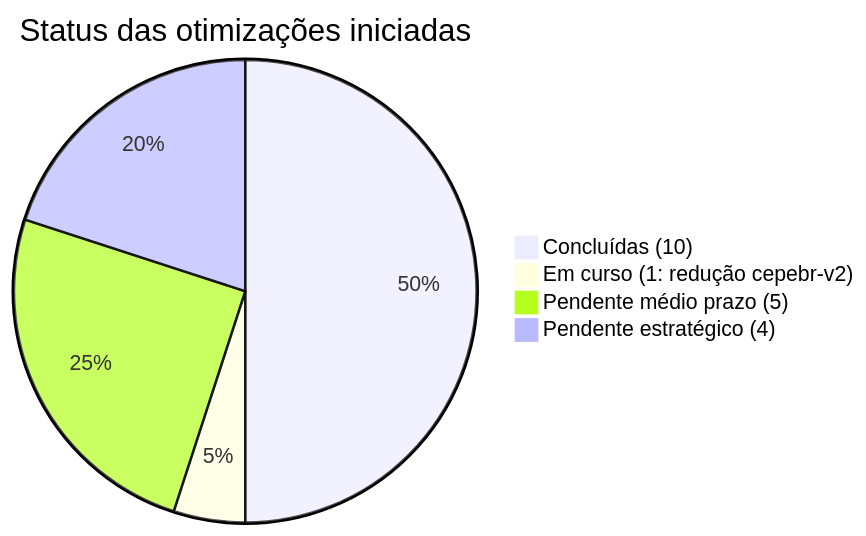
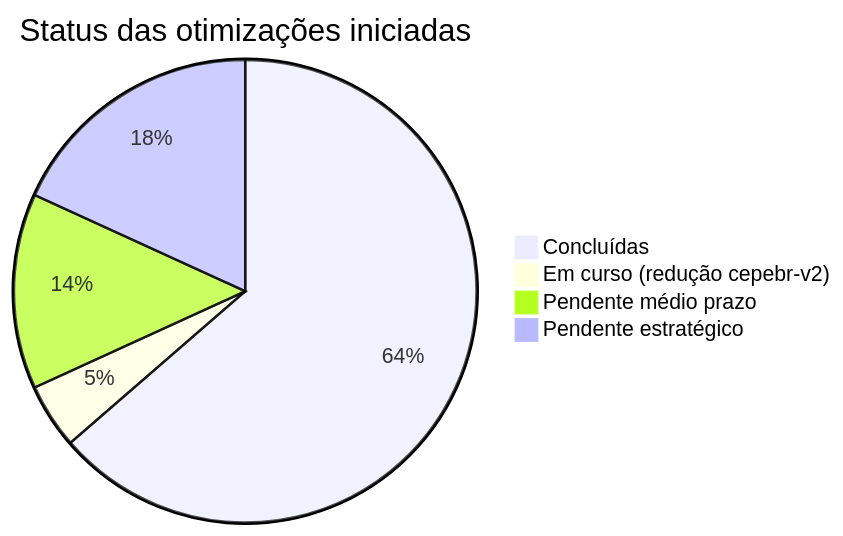
One commit to fparanhos/cepedoc-docs changed the first of 5 diagrams in ROADMAP_OTIMIZACAO_AWS.md. Above: the diagram before and after it, drawn with Mermaid. The commit also changed other lines of this file, not shown here.

````diff
--- a/ROADMAP_OTIMIZACAO_AWS.md
+++ b/ROADMAP_OTIMIZACAO_AWS.md
@@ -19,7 +19,7 @@
 ```mermaid
 pie title Status das otimizações iniciadas
-    "Concluídas (10)" : 10
-    "Em curso (1: redução cepebr-v2)" : 1
-    "Pendente médio prazo (5)" : 5
-    "Pendente estratégico (4)" : 4
+    "Concluídas" : 14
+    "Em curso (redução cepebr-v2)" : 1
+    "Pendente médio prazo" : 3
+    "Pendente estratégico" : 4
 ```
````
